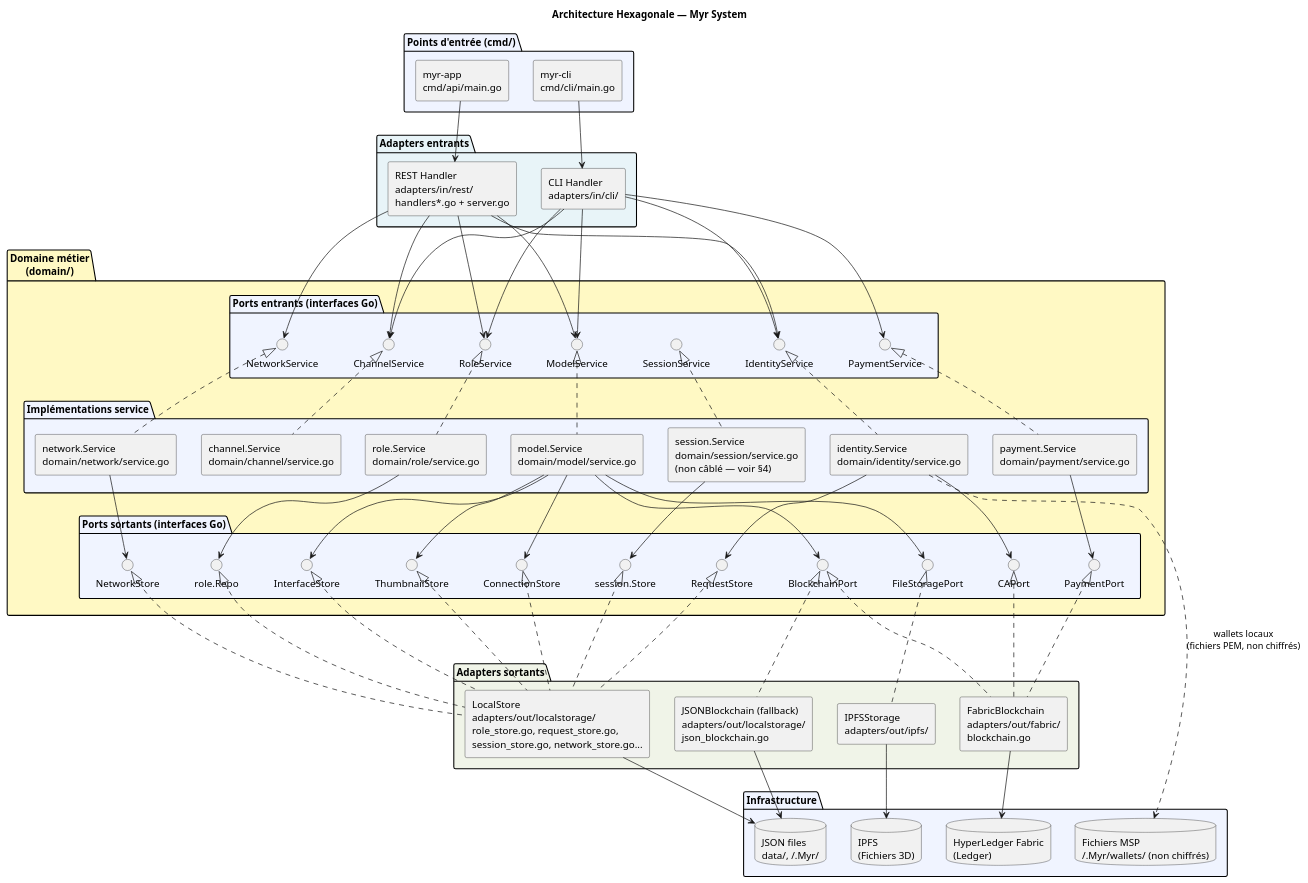
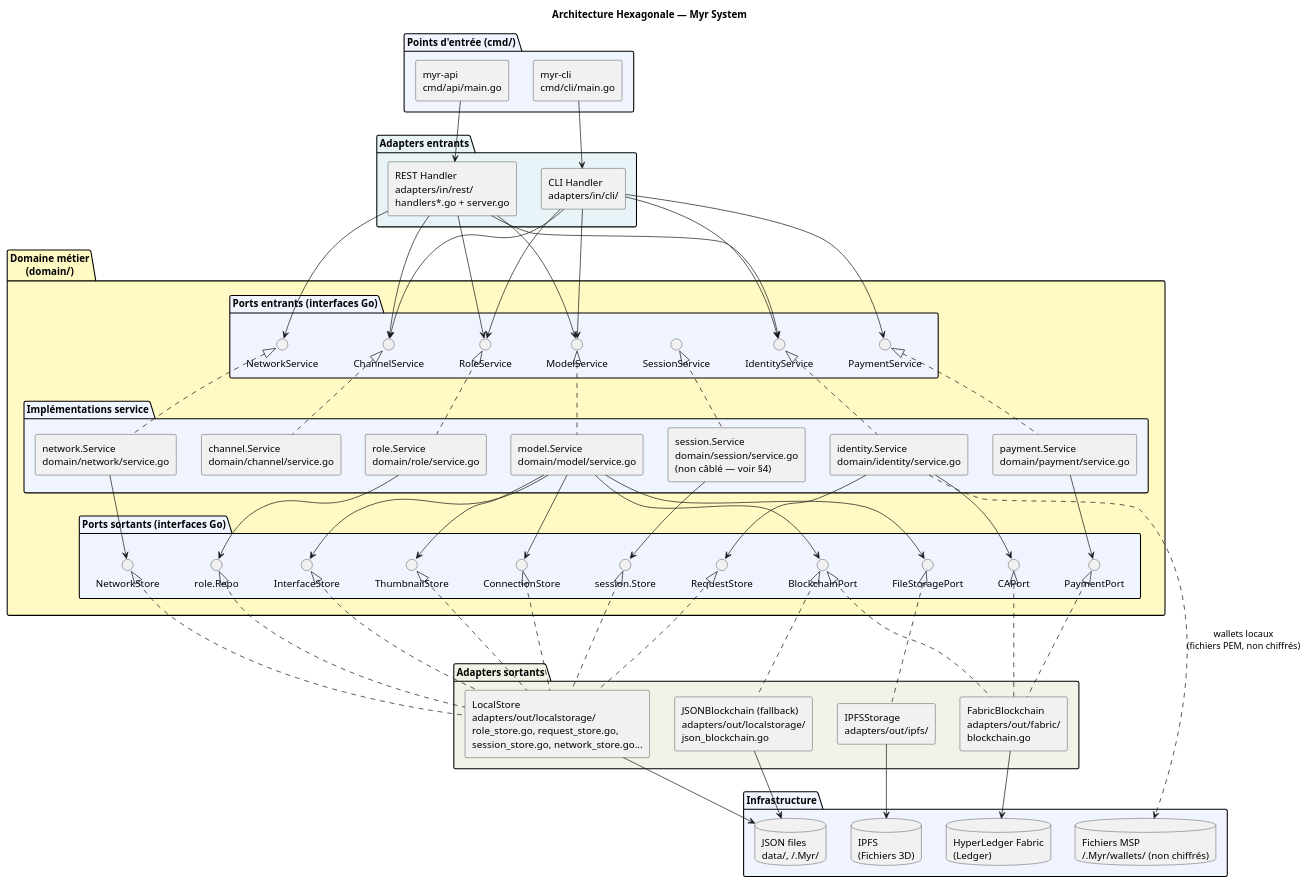
Before and after one commit to olivaux/myr: the first of 2 diagrams in specs/3-Conception/Architecture_Hexagonale.md, drawn with PlantUML. The commit also changed 9 other files, not shown here.

Commit message:
change name myr-app to myr-api

```diff
--- a/specs/3-Conception/Architecture_Hexagonale.md
+++ b/specs/3-Conception/Architecture_Hexagonale.md
@@ -73,7 +73,7 @@
 
 ' ── Entrypoints ──────────────────────────────────────
 package "Points d'entrée (cmd/)" {
-  [myr-app\ncmd/api/main.go] as App
+  [myr-api\ncmd/api/main.go] as App
   [myr-cli\ncmd/cli/main.go] as CLI
 }
 
```
